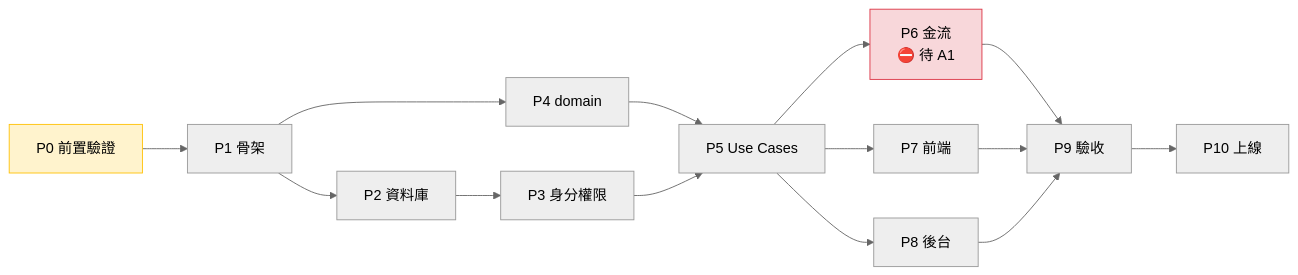
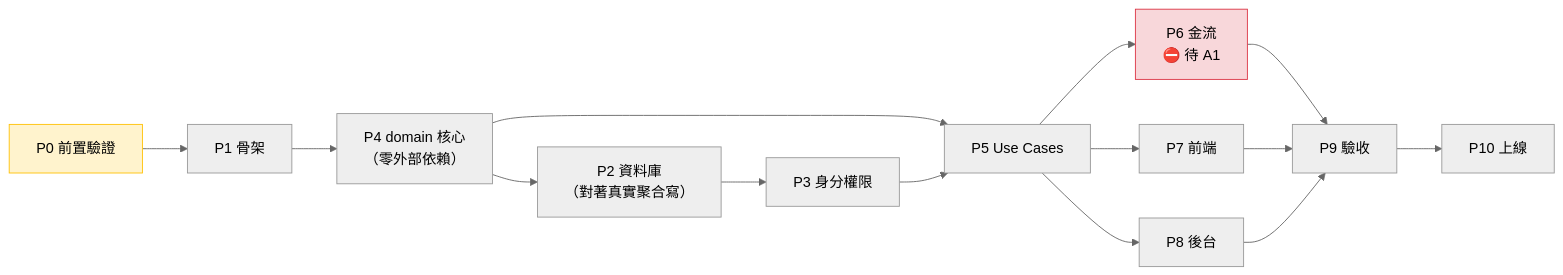
The diagram in docs/02-實施計畫.md (nctgitedIvan/repair_svc_app_wb), drawn with Mermaid (neutral theme) before and after one commit. The commit also changed other lines of this file and 3 other files, not shown here.

````diff
--- a/docs/02-實施計畫.md
+++ b/docs/02-實施計畫.md
@@ -54,19 +57,19 @@
 ```mermaid
 graph LR
     P0["P0 前置驗證"] --> P1["P1 骨架"]
-    P1 --> P2["P2 資料庫"]
-    P1 --> P4["P4 domain"]
+    P1 --> P4["P4 domain 核心<br/>（零外部依賴）"]
+    P4 --> P2["P2 資料庫<br/>（對著真實聚合寫）"]
     P2 --> P3["P3 身分權限"]
     P4 --> P5["P5 Use Cases"]
     P3 --> P5
     P5 --> P6["P6 金流<br/>⛔ 待 A1"]
     P5 --> P7["P7 前端"]
     P5 --> P8["P8 後台"]
     P6 --> P9["P9 驗收"]
     P7 --> P9
     P8 --> P9
     P9 --> P10["P10 上線"]
 
     style P6 fill:#f8d7da,stroke:#dc3545
     style P0 fill:#fff3cd,stroke:#ffc107
 ```
````
